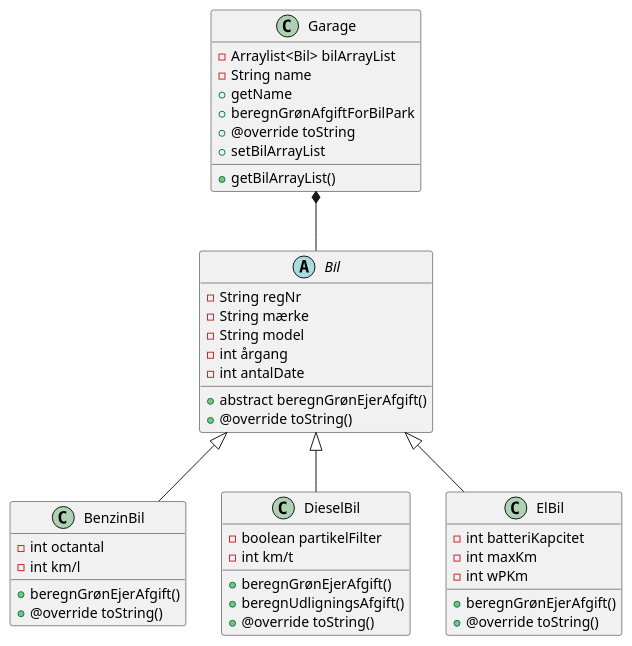
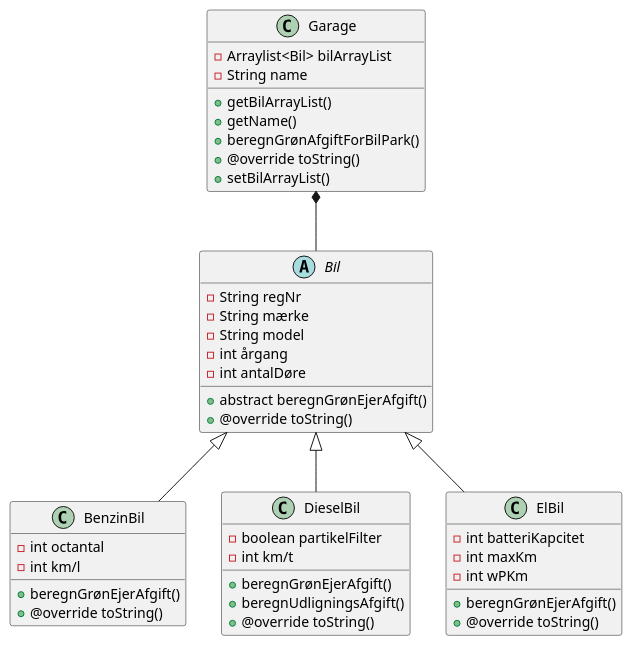
The diagram in SP2/src/com/company/Class Diagram.puml (coerth/Opgaver), drawn with PlantUML before and after one commit. The commit also changed 1 other file, not shown here.

Commit message:
har været fuld da jeg lavede den uml

```diff
--- a/SP2/src/com/company/Class Diagram.puml
+++ b/SP2/src/com/company/Class Diagram.puml
@@ -1,47 +1,47 @@
 @startuml
 'https://plantuml.com/class-diagram
 
 abstract class Bil
 class BenzinBil
 class DieselBil
 class ElBil
 class Garage
 
 Garage : - Arraylist<Bil> bilArrayList
 Garage : - String name
 Garage : + getBilArrayList()
-Garage : + getName
-Garage : + beregnGrønAfgiftForBilPark
-Garage : + @override toString
-Garage : + setBilArrayList
+Garage : + getName()
+Garage : + beregnGrønAfgiftForBilPark()
+Garage : + @override toString()
+Garage : + setBilArrayList()
 
 Bil : - String regNr
 Bil : - String mærke
 Bil : - String model
 Bil : - int årgang
-Bil : - int antalDate
+Bil : - int antalDøre
 Bil : + abstract beregnGrønEjerAfgift()
 Bil : + @override toString()
 
 BenzinBil : - int octantal
 BenzinBil : - int km/l
 BenzinBil : + beregnGrønEjerAfgift()
 BenzinBil : + @override toString()
 
 DieselBil : - boolean partikelFilter
 DieselBil : - int km/t
 DieselBil : + beregnGrønEjerAfgift()
 DieselBil : + beregnUdligningsAfgift()
 DieselBil : + @override toString()
 
 ElBil : - int batteriKapcitet
 ElBil : - int maxKm
 ElBil : - int wPKm
 ElBil : + beregnGrønEjerAfgift()
 ElBil : + @override toString()
 
 Bil <|-- BenzinBil
 Bil <|-- DieselBil
 Bil <|-- ElBil
 Garage *-- Bil
 @enduml
```
